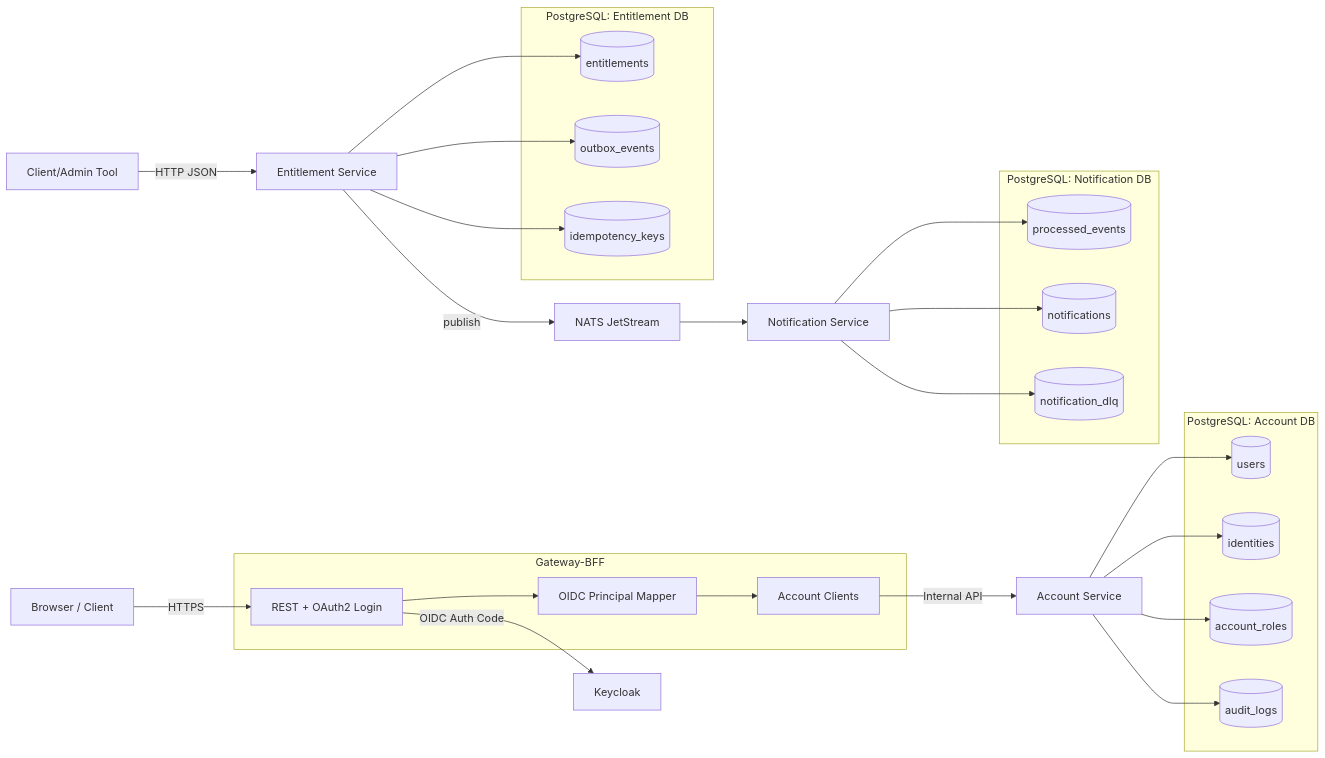
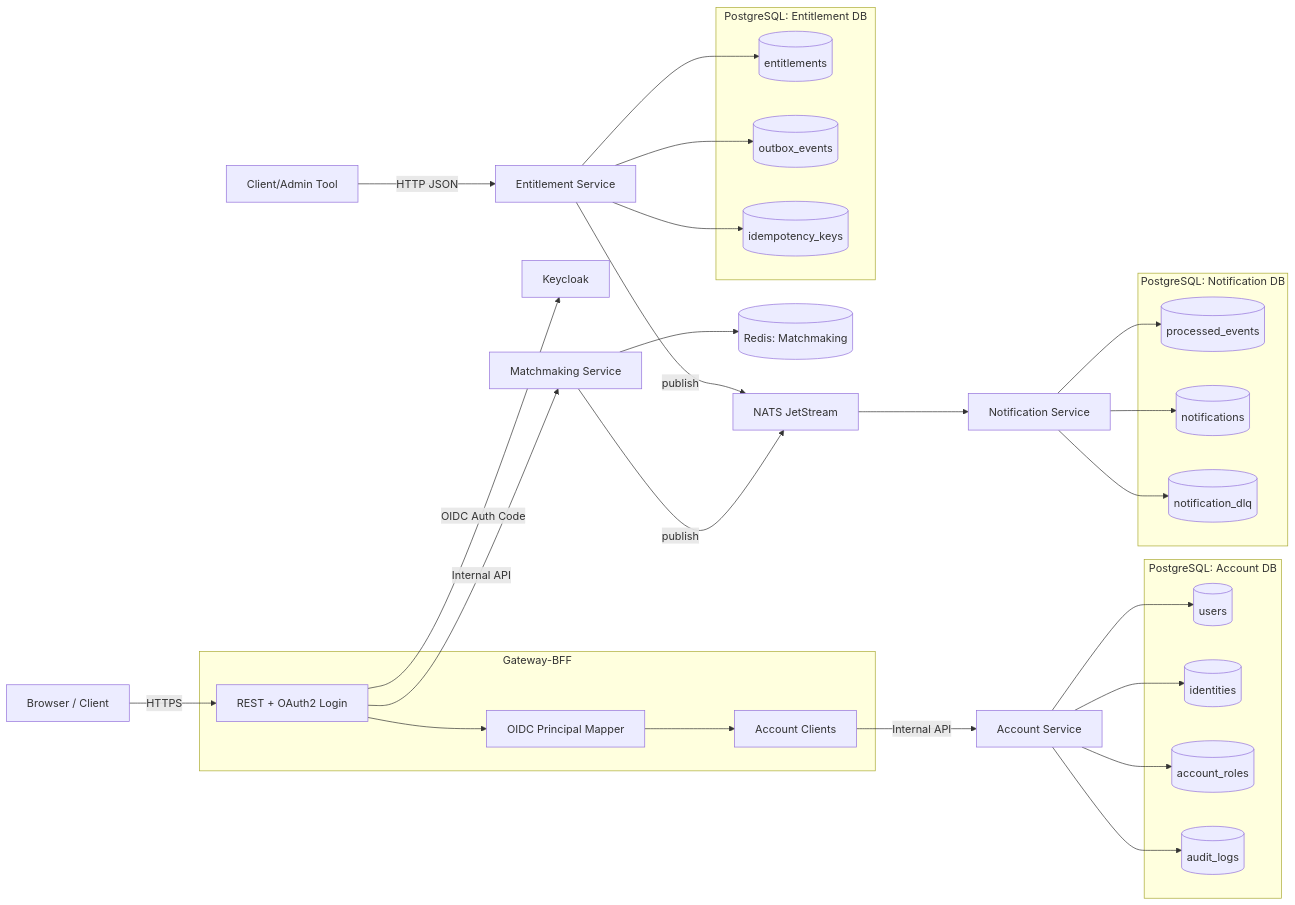
The first of 3 diagrams in docs/architecture.md (Twilight-Struggle/MiniServerSystem), drawn with Mermaid before and after one commit. The commit also changed other lines of this file and 122 other files, not shown here.

````diff
--- a/docs/architecture.md
+++ b/docs/architecture.md
@@ -245,48 +313,51 @@
 ```mermaid
 flowchart LR
   Browser[Browser / Client] -->|HTTPS| BFF
 
   subgraph Edge[Gateway-BFF]
     BFF[REST + OAuth2 Login]
     Mapper[OIDC Principal Mapper]
     AClient[Account Clients]
     BFF --> Mapper --> AClient
   end
 
   BFF -->|OIDC Auth Code| KC[Keycloak]
   AClient -->|Internal API| ACC[Account Service]
 
   subgraph AccountDB[PostgreSQL: Account DB]
     USERS[(users)]
     IDS[(identities)]
     ROLES[(account_roles)]
     AUDIT[(audit_logs)]
   end
   ACC --> USERS
   ACC --> IDS
   ACC --> ROLES
   ACC --> AUDIT
 
   Client2[Client/Admin Tool] -->|HTTP JSON| ENT[Entitlement Service]
 
   subgraph EntDB[PostgreSQL: Entitlement DB]
     ENTS[(entitlements)]
     OBOX[(outbox_events)]
     IDEM[(idempotency_keys)]
   end
   ENT --> ENTS
   ENT --> OBOX
   ENT --> IDEM
 
   ENT -->|publish| JS[NATS JetStream]
+  BFF -->|Internal API| MM[Matchmaking Service]
+  MM --> REDIS[(Redis: Matchmaking)]
+  MM -->|publish| JS
   JS --> NOTIF[Notification Service]
 
   subgraph NotifDB[PostgreSQL: Notification DB]
     PE[(processed_events)]
     NTF[(notifications)]
     DLQ[(notification_dlq)]
   end
   NOTIF --> PE
   NOTIF --> NTF
   NOTIF --> DLQ
 ```
````
